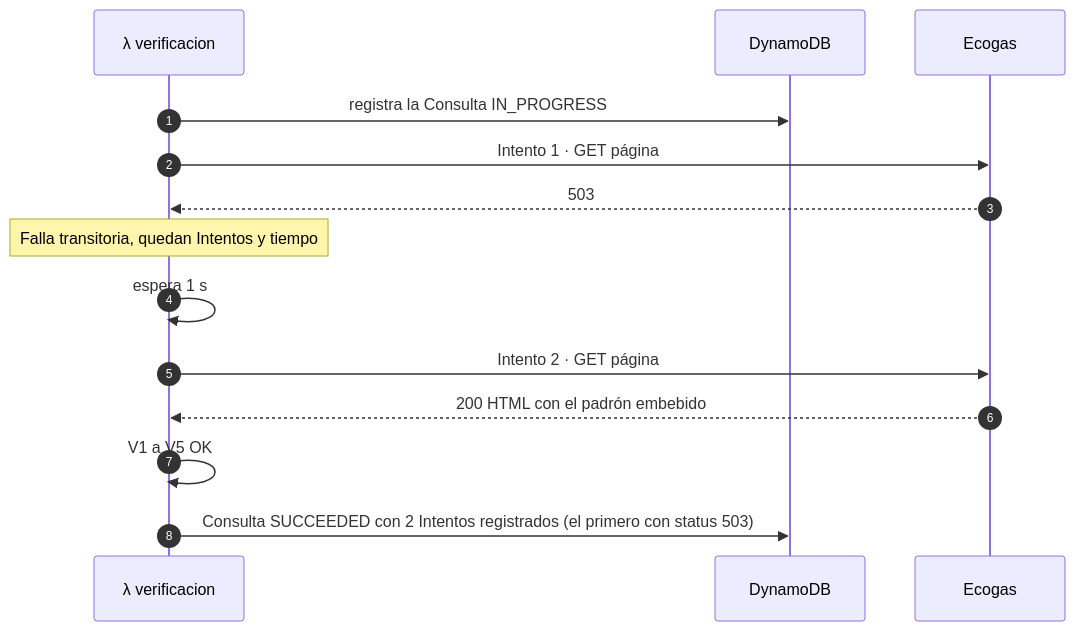
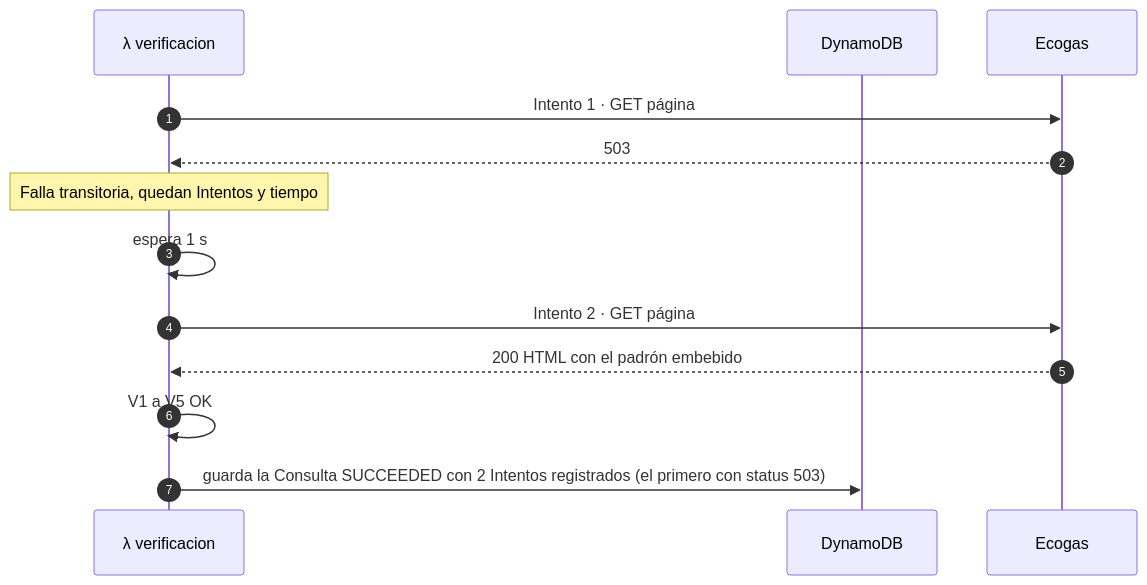
Before and after one commit to IvanDaniliuk01/MatriculAR: the third of 5 diagrams in docs/api.md, drawn with Mermaid. The commit also changed other lines of this file and 8 other files, not shown here.

````diff
--- a/docs/api.md
+++ b/docs/api.md
@@ -488,17 +489,16 @@
 ```mermaid
 sequenceDiagram
     autonumber
     participant L as λ verificacion
     participant D as DynamoDB
     participant E as Ecogas
 
-    L->>D: registra la Consulta IN_PROGRESS
     L->>E: Intento 1 · GET página
     E-->>L: 503
     Note over L: Falla transitoria, quedan Intentos y tiempo
     L->>L: espera 1 s
     L->>E: Intento 2 · GET página
     E-->>L: 200 HTML con el padrón embebido
     L->>L: V1 a V5 OK
-    L->>D: Consulta SUCCEEDED con 2 Intentos registrados (el primero con status 503)
+    L->>D: guarda la Consulta SUCCEEDED con 2 Intentos registrados (el primero con status 503)
 ```
````
